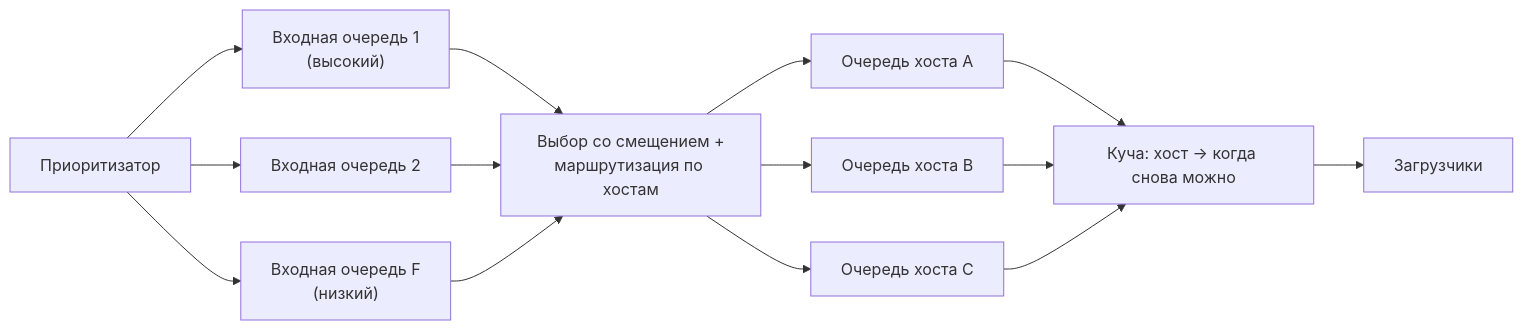
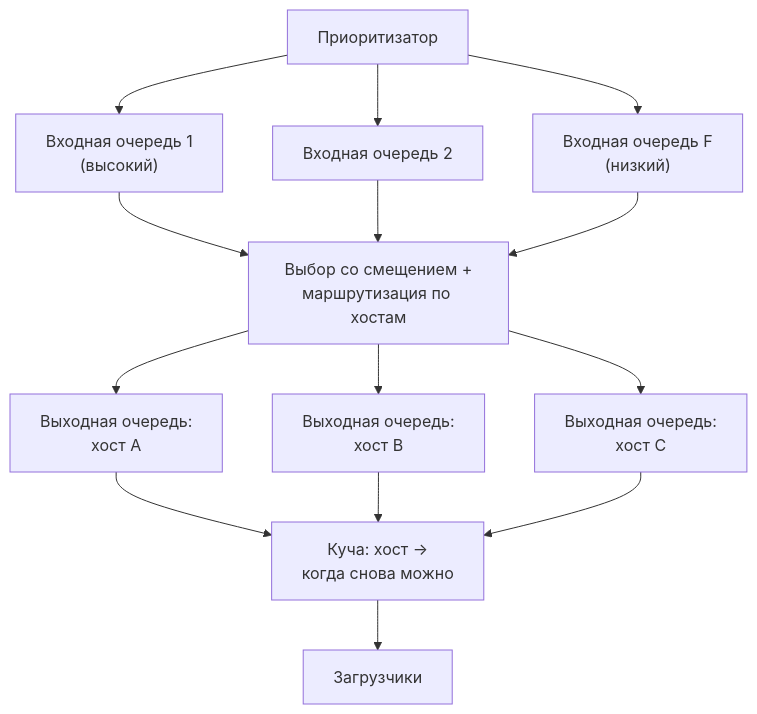
The second of 3 diagrams in src/content/docs/ru/practice/web-crawler.mdx (butyavk/system-design), drawn with Mermaid before and after one commit. The commit also changed other lines of this file and 144 other files, not shown here.

````diff
--- a/src/content/docs/ru/practice/web-crawler.mdx
+++ b/src/content/docs/ru/practice/web-crawler.mdx
@@ -100,12 +100,12 @@
 ```mermaid
-flowchart LR
+flowchart TB
   pri["Приоритизатор"] --> f1["Входная очередь 1<br/>(высокий)"]
   pri --> f2["Входная очередь 2"]
   pri --> f3["Входная очередь F<br/>(низкий)"]
   f1 & f2 & f3 --> router["Выбор со смещением +<br/>маршрутизация по хостам"]
-  router --> b1["Очередь хоста A"]
-  router --> b2["Очередь хоста B"]
-  router --> b3["Очередь хоста C"]
-  b1 & b2 & b3 --> heap["Куча: хост → когда снова можно"]
+  router --> b1["Выходная очередь:<br/>хост A"]
+  router --> b2["Выходная очередь:<br/>хост B"]
+  router --> b3["Выходная очередь:<br/>хост C"]
+  b1 & b2 & b3 --> heap["Куча: хост →<br/>когда снова можно"]
   heap --> workers["Загрузчики"]
 ```
````
